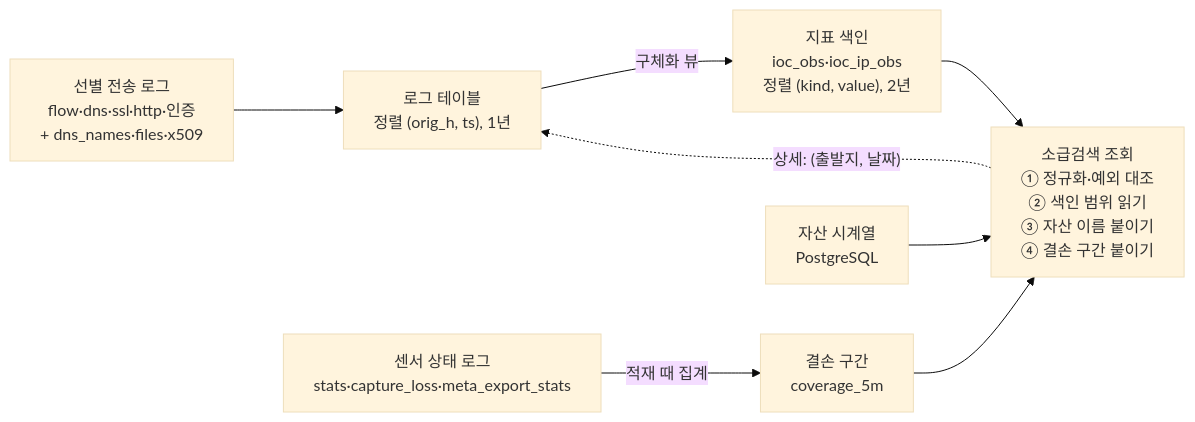
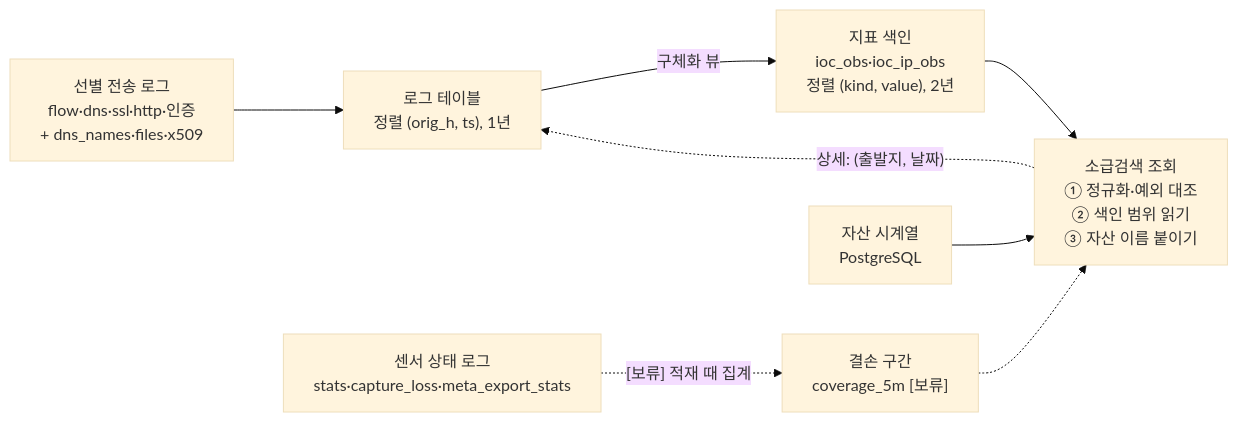
One commit to kwsjjang8901-ship-it/nsm changed the diagram in docs/RETRO_SEARCH_DESIGN.md. Above: the diagram before and after it, drawn with Mermaid (base theme). The commit also changed other lines of this file, not shown here.

First line of the commit message:
docs: 소급검색 설계안에 화면 스펙 초안 결정 반영(검색만 유지)

````diff
--- a/docs/RETRO_SEARCH_DESIGN.md
+++ b/docs/RETRO_SEARCH_DESIGN.md
@@ -60,11 +75,11 @@
 ```mermaid
 flowchart LR
   M["선별 전송 로그<br/>flow·dns·ssl·http·인증<br/>+ dns_names·files·x509"] --> L["로그 테이블<br/>정렬 (orig_h, ts), 1년"]
   L -->|구체화 뷰| I["지표 색인<br/>ioc_obs·ioc_ip_obs<br/>정렬 (kind, value), 2년"]
-  S["센서 상태 로그<br/>stats·capture_loss·meta_export_stats"] -->|적재 때 집계| C["결손 구간<br/>coverage_5m"]
+  S["센서 상태 로그<br/>stats·capture_loss·meta_export_stats"] -.->|"[보류] 적재 때 집계"| C["결손 구간<br/>coverage_5m [보류]"]
   A["자산 시계열<br/>PostgreSQL"]
-  I --> Q["소급검색 조회<br/>① 정규화·예외 대조<br/>② 색인 범위 읽기<br/>③ 자산 이름 붙이기<br/>④ 결손 구간 붙이기"]
+  I --> Q["소급검색 조회<br/>① 정규화·예외 대조<br/>② 색인 범위 읽기<br/>③ 자산 이름 붙이기"]
   A --> Q
-  C --> Q
+  C -.-> Q
   Q -.->|"상세: (출발지, 날짜)"| L
 ```
````
